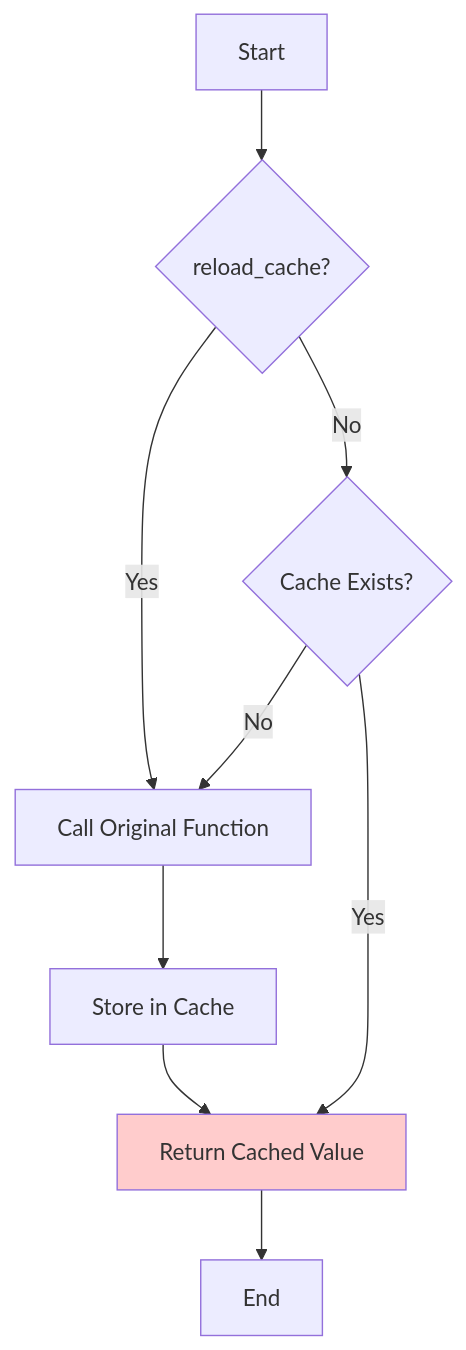
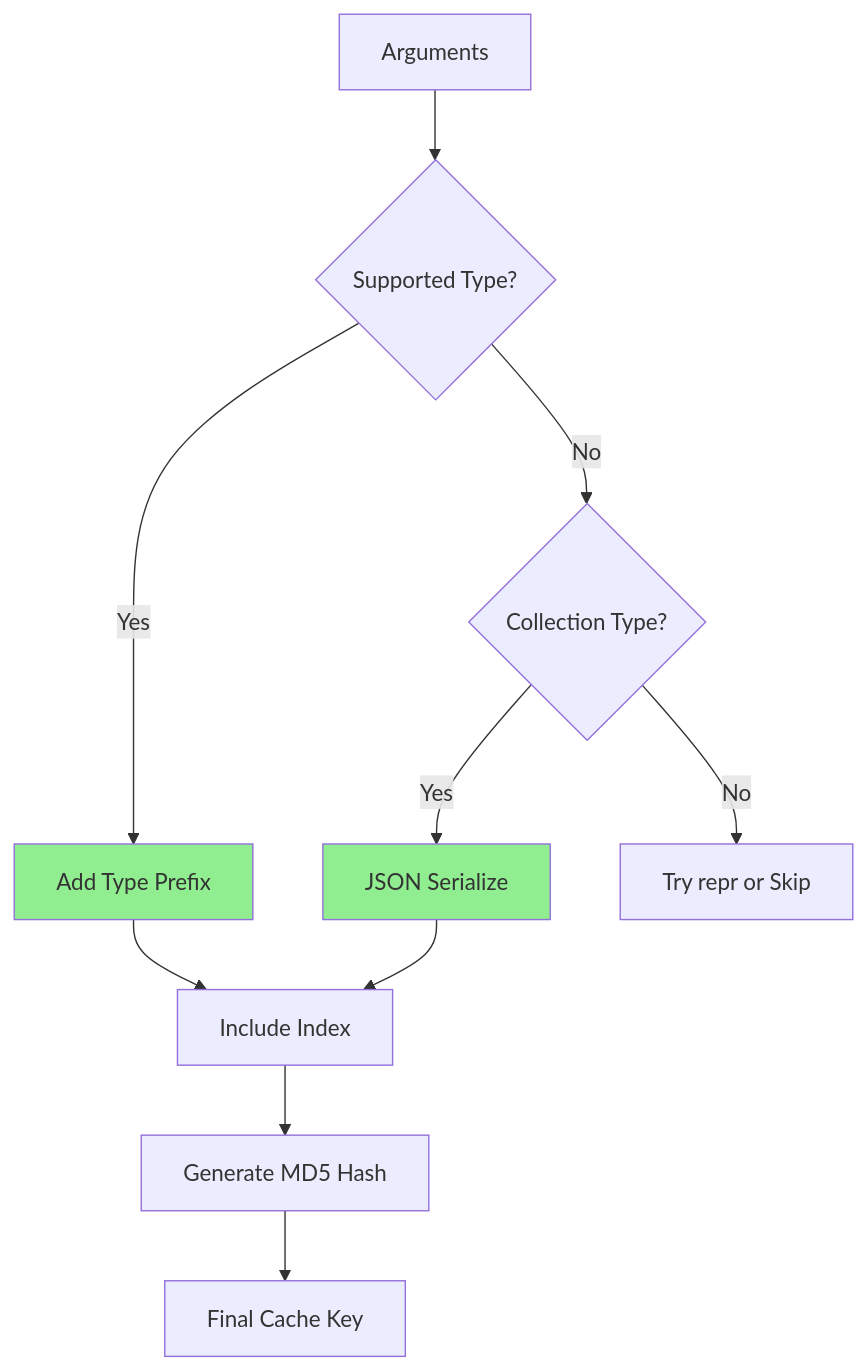
Before and after one commit to owasp-sbot/OSBot-Utils: the third of 4 diagrams in docs/code/osbot_utils/decorators/methods/cache_on_self--tech_debrief.md, drawn with Mermaid. The commit also changed other lines of this file and 5 other files, not shown here.

Commit message:
final changes to Cache_On_Self tests, added updated tech_debrief

````diff
--- a/docs/code/osbot_utils/decorators/methods/cache_on_self--tech_debrief.md
+++ b/docs/code/osbot_utils/decorators/methods/cache_on_self--tech_debrief.md
@@ -95,13 +132,15 @@
 ```mermaid
 graph TD
-    A[Start] --> B{reload_cache?}
-    B -->|Yes| C[Call Original Function]
-    B -->|No| D{Cache Exists?}
-    D -->|No| C
-    D -->|Yes| E[Return Cached Value]
-    C --> F[Store in Cache]
-    F --> E
-    E --> G[End]
+    A[Arguments] --> B{Supported Type?}
+    B -->|Yes| C[Add Type Prefix]
+    B -->|No| D{Collection Type?}
+    D -->|Yes| E[JSON Serialize]
+    D -->|No| F[Try repr or Skip]
+    C --> G[Include Index]
+    E --> G
+    G --> H[Generate MD5 Hash]
+    H --> I[Final Cache Key]
     
-    style E fill:#ffcccc
+    style C fill:#90EE90
+    style E fill:#90EE90
 ```
````
